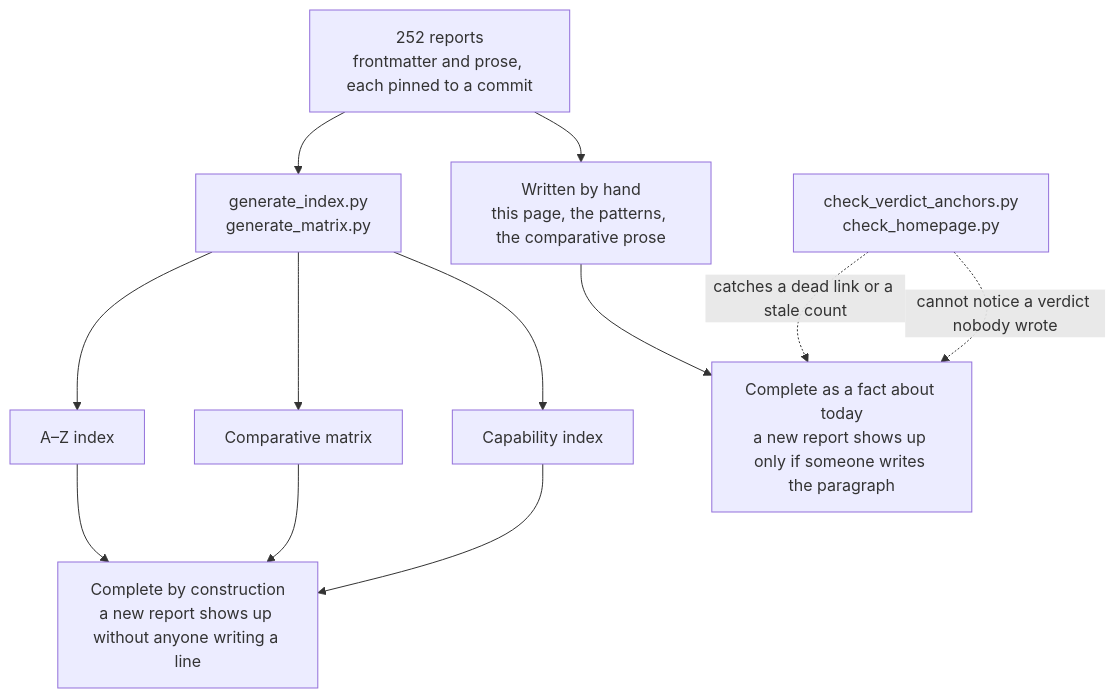
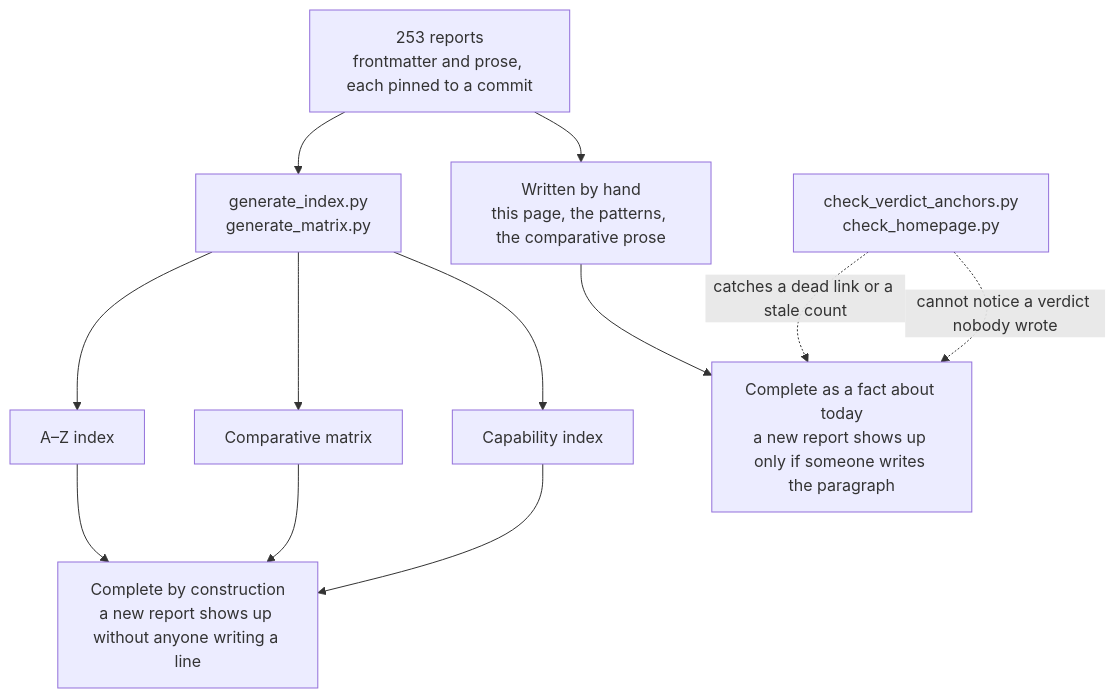
One commit to neoneye/agent-memory-atlas changed the diagram in content/verdicts.md. Above: the diagram before and after it, drawn with Mermaid. The commit also changed other lines of this file and 27 other files, not shown here.

````diff
--- a/content/verdicts.md
+++ b/content/verdicts.md
@@ -40,15 +40,15 @@
 ```mermaid
 flowchart TD
-    R["252 reports<br/>frontmatter and prose, each pinned to a commit"]
+    R["253 reports<br/>frontmatter and prose, each pinned to a commit"]
     R --> GEN["generate_index.py<br/>generate_matrix.py"]
     R --> HAND["Written by hand<br/>this page, the patterns, the comparative prose"]
     GEN --> AZ["A–Z index"]
     GEN --> MX["Comparative matrix"]
     GEN --> CI["Capability index"]
     AZ --> CONST["Complete by construction<br/>a new report shows up without anyone writing a line"]
     MX --> CONST
     CI --> CONST
     HAND --> TODAY["Complete as a fact about today<br/>a new report shows up only if someone writes the paragraph"]
     CHK["check_verdict_anchors.py<br/>check_homepage.py"] -.->|"catches a dead link or a stale count"| TODAY
     CHK -.->|"cannot notice a verdict nobody wrote"| TODAY
 ```
````
